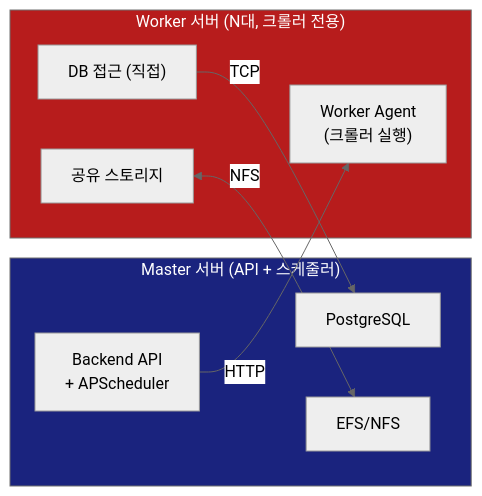
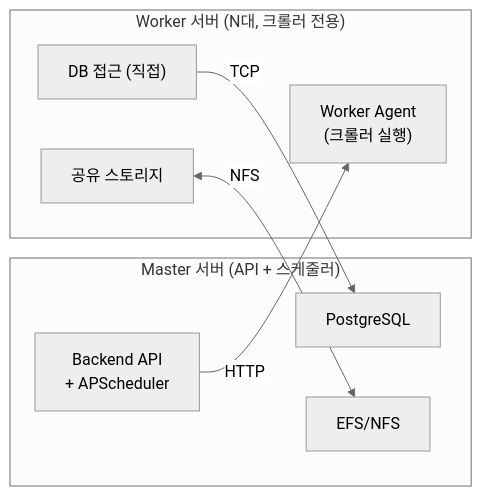
One commit to cybertarzan/vibe-crawler-handover changed the first of 2 diagrams in docs/plans/server-scaling/02-worker-separation.md. Above: the diagram before and after it, drawn with Mermaid (neutral theme).

Commit message:
fix: 방안 B 아키텍처 다이어그램 배경색 제거 (가독성 개선)

````diff
--- a/docs/plans/server-scaling/02-worker-separation.md
+++ b/docs/plans/server-scaling/02-worker-separation.md
@@ -35,21 +35,18 @@
 ```mermaid
 graph LR
     subgraph Master["Master 서버 (API + 스케줄러)"]
         API["Backend API<br/>+ APScheduler"]
         PG[PostgreSQL]
         EFS1["EFS/NFS"]
     end
 
     subgraph Worker["Worker 서버 (N대, 크롤러 전용)"]
         WA["Worker Agent<br/>(크롤러 실행)"]
         DB2["DB 접근 (직접)"]
         EFS2["공유 스토리지"]
     end
 
     API -->|HTTP| WA
     DB2 -->|TCP| PG
     EFS2 <-->|NFS| EFS1
-
-    style Master fill:#1a237e,color:#fff
-    style Worker fill:#b71c1c,color:#fff
 ```
````
